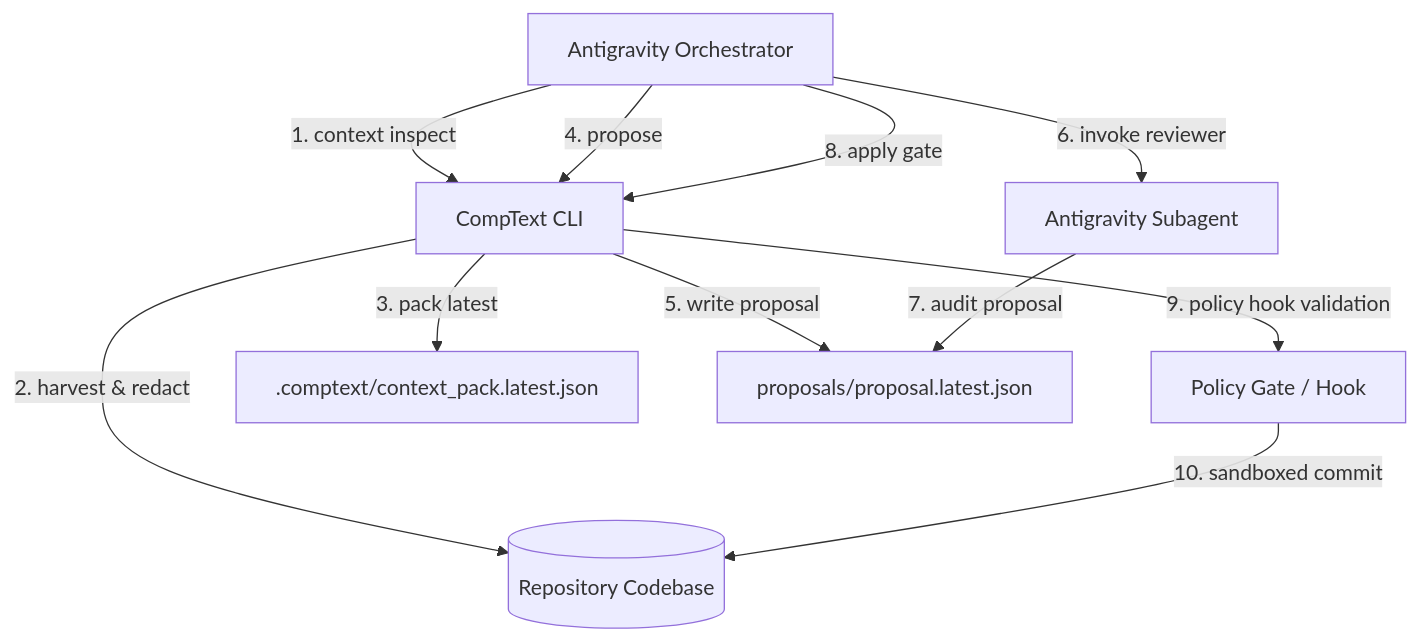
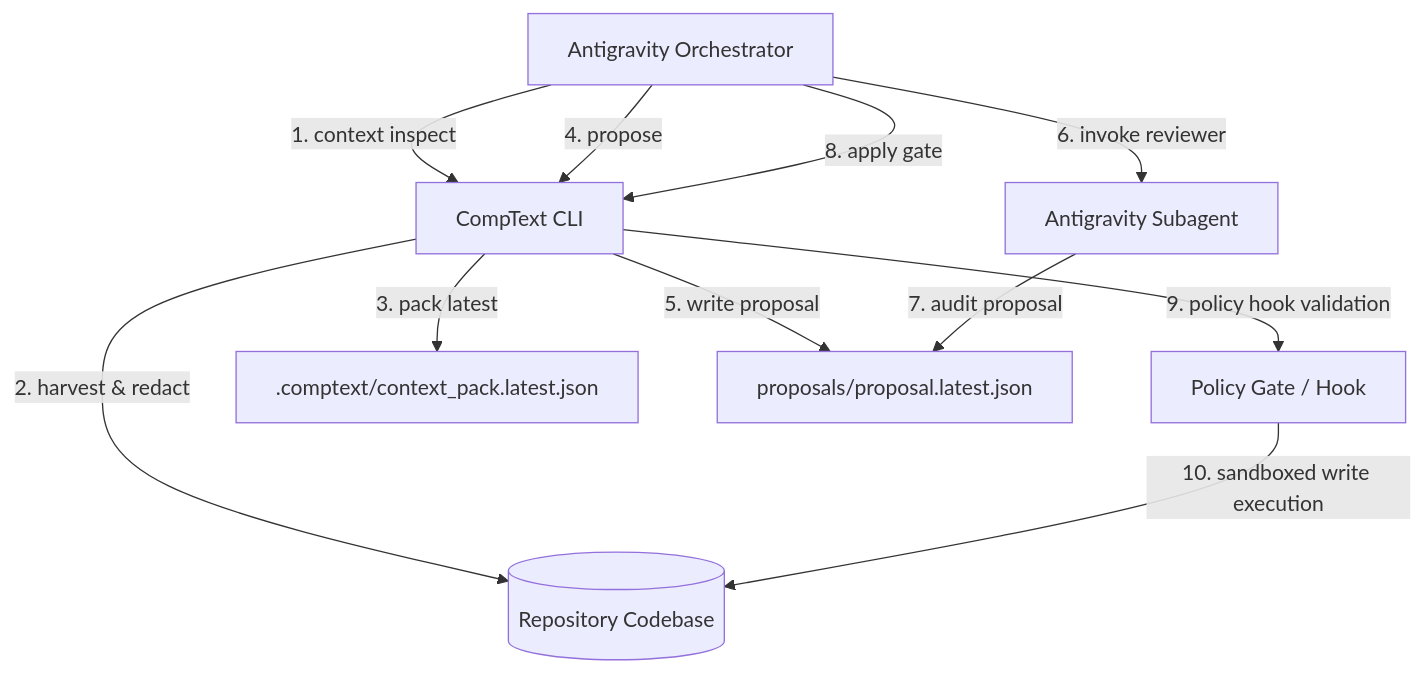
One commit to ProfRandom92/comptext-cli changed the diagram in docs/ANTIGRAVITY_CLI_INTEGRATION.md. Above: the diagram before and after it, drawn with Mermaid. The commit also changed other lines of this file and 9 other files, not shown here.

````diff
--- a/docs/ANTIGRAVITY_CLI_INTEGRATION.md
+++ b/docs/ANTIGRAVITY_CLI_INTEGRATION.md
@@ -23,19 +23,19 @@
 ```mermaid
 flowchart TD
     subagent[Antigravity Subagent]
     agent[Antigravity Orchestrator]
     ctxt[CompText CLI]
     repo[(Repository Codebase)]
     policy[Policy Gate / Hook]
 
     agent -->|1. context inspect| ctxt
     ctxt -->|2. harvest & redact| repo
     ctxt -->|3. pack latest| pack[.comptext/context_pack.latest.json]
     agent -->|4. propose| ctxt
     ctxt -->|5. write proposal| prop[proposals/proposal.latest.json]
     agent -->|6. invoke reviewer| subagent
     subagent -->|7. audit proposal| prop
     agent -->|8. apply gate| ctxt
     ctxt -->|9. policy hook validation| policy
-    policy -->|10. sandboxed commit| repo
+    policy -->|10. sandboxed write execution| repo
 ```
````
